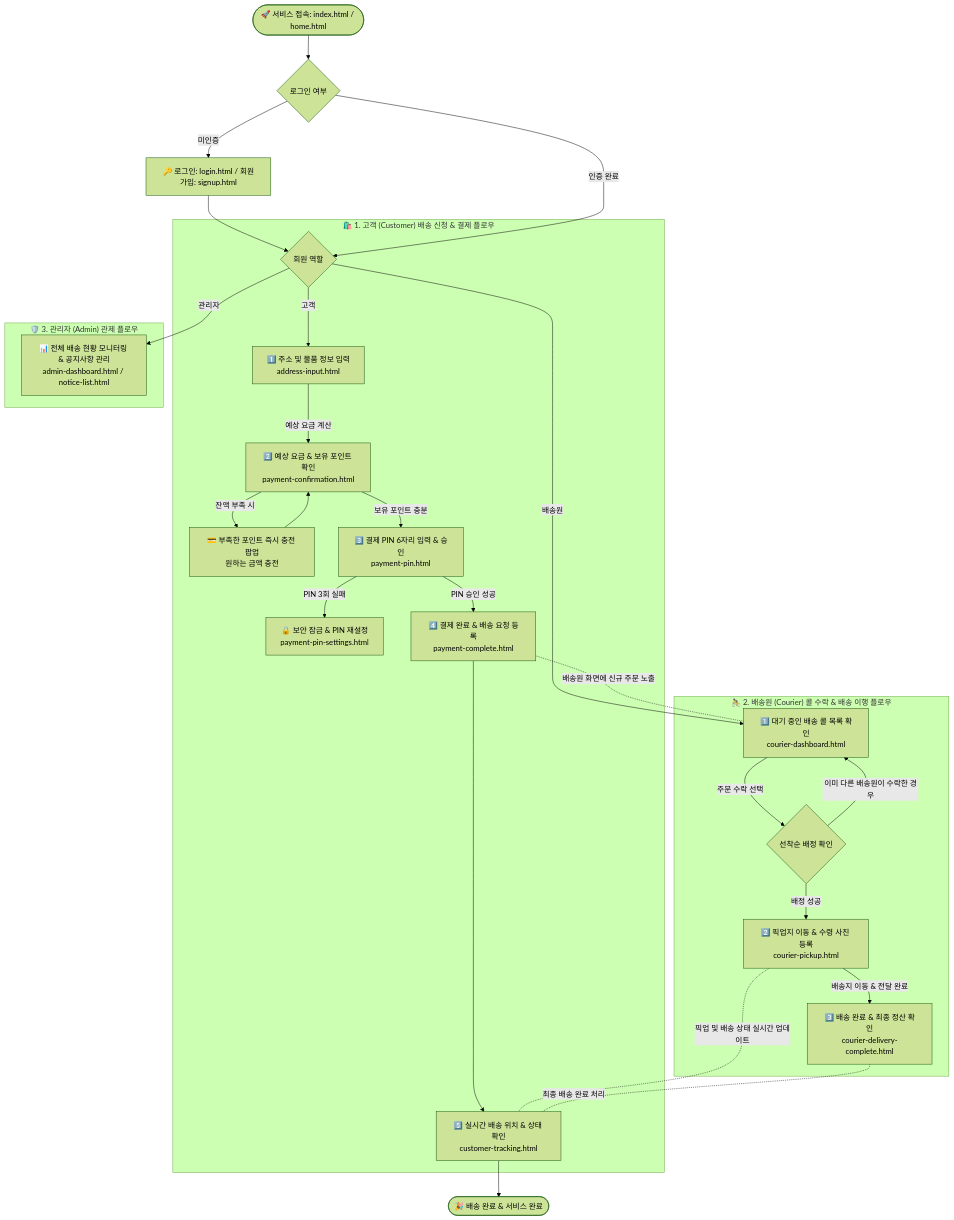
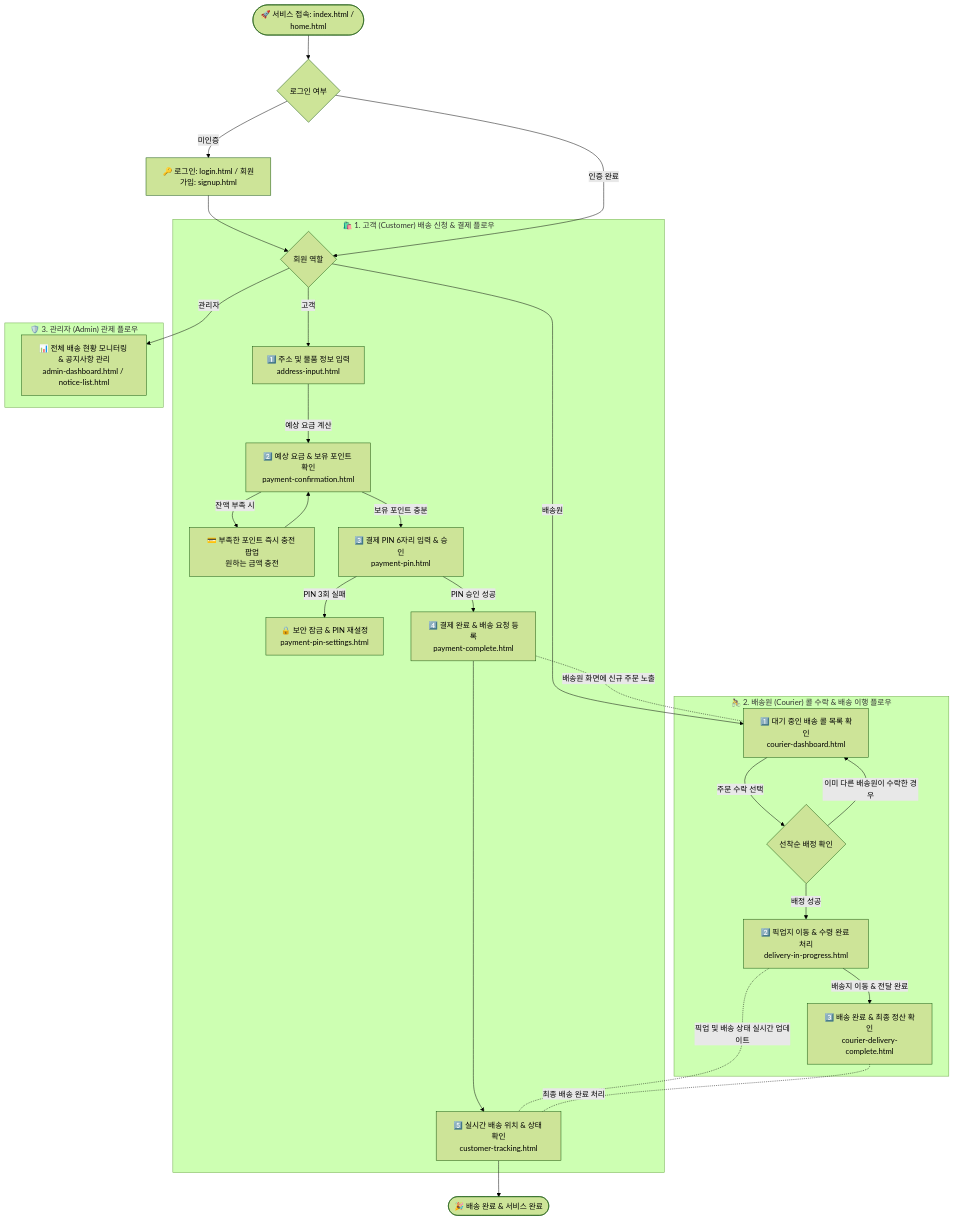
Before and after one commit to ShinhanDSProject/shinhan-delivery: the first of 3 diagrams in docs/architecture/전체-유저-플로우-가이드.md, drawn with Mermaid (forest theme). The commit also changed other lines of this file and 1 other file, not shown here.

Commit message:
fix: 배송원 픽업 화면의 전달 지침 필드 XSS 취약점 수정
entranceCode/unitDetail/deliveryNote는 고객이 자유 입력한 텍스트인데
innerHTML 문자열 조립에 그대로 꽂고 있어 스크립트 삽입이 가능했다.
DOM API + textContent로 채우도록 수정하고, 실제 <script>/<img onerror>
페이로드로 무해화되는지 확인했다. 겸사겸사 유저 플로우 가이드 문서의
배송원 2단계 화면 파일명(courier-pickup.html)도 실제 구현된
delivery-in-progress.html로 동기화했다.

````diff
--- a/docs/architecture/전체-유저-플로우-가이드.md
+++ b/docs/architecture/전체-유저-플로우-가이드.md
@@ -29,52 +29,52 @@
 ```mermaid
 flowchart TD
     %% 시작 및 인증
     Start([🚀 서비스 접속: index.html / home.html]) --> AuthChoice{로그인 여부}
     
     AuthChoice -- 미인증 --> Login[🔑 로그인: login.html / 회원가입: signup.html]
     Login --> RoleChoice{회원 역할}
     AuthChoice -- 인증 완료 --> RoleChoice
 
     %% -------------------------------------------------------------
     %% 1. 고객 (Customer) 유저 플로우
     %% -------------------------------------------------------------
     subgraph CustomerFlow ["🛍️ 1. 고객 (Customer) 배송 신청 & 결제 플로우"]
         RoleChoice -- 고객 --> AddrInput[1️⃣ 주소 및 물품 정보 입력<br/>address-input.html]
         AddrInput -- 예상 요금 계산 --> PayConfirm[2️⃣ 예상 요금 & 보유 포인트 확인<br/>payment-confirmation.html]
         
         PayConfirm -- 잔액 부족 시 --> PointCharge[💳 부족한 포인트 즉시 충전 팝업<br/>원하는 금액 충전]
         PointCharge --> PayConfirm
         
         PayConfirm -- 보유 포인트 충분 --> PayPin[3️⃣ 결제 PIN 6자리 입력 & 승인<br/>payment-pin.html]
         PayPin -- PIN 3회 실패 --> PinLock[🔒 보안 잠금 & PIN 재설정<br/>payment-pin-settings.html]
         PayPin -- PIN 승인 성공 --> PayComplete[4️⃣ 결제 완료 & 배송 요청 등록<br/>payment-complete.html]
         
         PayComplete --> Tracking[5️⃣ 실시간 배송 위치 & 상태 확인<br/>customer-tracking.html]
     end
 
     %% -------------------------------------------------------------
     %% 2. 배송원 (Courier) 유저 플로우
     %% -------------------------------------------------------------
     subgraph CourierFlow ["🚴 2. 배송원 (Courier) 콜 수락 & 배송 이행 플로우"]
         RoleChoice -- 배송원 --> CourierDash[1️⃣ 대기 중인 배송 콜 목록 확인<br/>courier-dashboard.html]
         
         CourierDash -- 주문 수락 선택 --> MatchCheck{선착순 배정 확인}
         MatchCheck -- 이미 다른 배송원이 수락한 경우 --> CourierDash
-        MatchCheck -- 배정 성공 --> CourierPickup[2️⃣ 픽업지 이동 & 수령 사진 등록<br/>courier-pickup.html]
+        MatchCheck -- 배정 성공 --> CourierPickup[2️⃣ 픽업지 이동 & 수령 완료 처리<br/>delivery-in-progress.html]
         
         CourierPickup -- 배송지 이동 & 전달 완료 --> CourierComplete[3️⃣ 배송 완료 & 최종 정산 확인<br/>courier-delivery-complete.html]
     end
 
     %% -------------------------------------------------------------
     %% 3. 관리자 (Admin) 유저 플로우
     %% -------------------------------------------------------------
     subgraph AdminFlow ["🛡️ 3. 관리자 (Admin) 관제 플로우"]
         RoleChoice -- 관리자 --> AdminDash[📊 전체 배송 현황 모니터링 & 공지사항 관리<br/>admin-dashboard.html / notice-list.html]
     end
 
     %% 실시간 상호작용 연결
     PayComplete -. 배송원 화면에 신규 주문 노출 .- CourierDash
     CourierPickup -. 픽업 및 배송 상태 실시간 업데이트 .- Tracking
     CourierComplete -. 최종 배송 완료 처리 .- Tracking
     Tracking --> Finish([🎉 배송 완료 & 서비스 완료])
 ```
````
